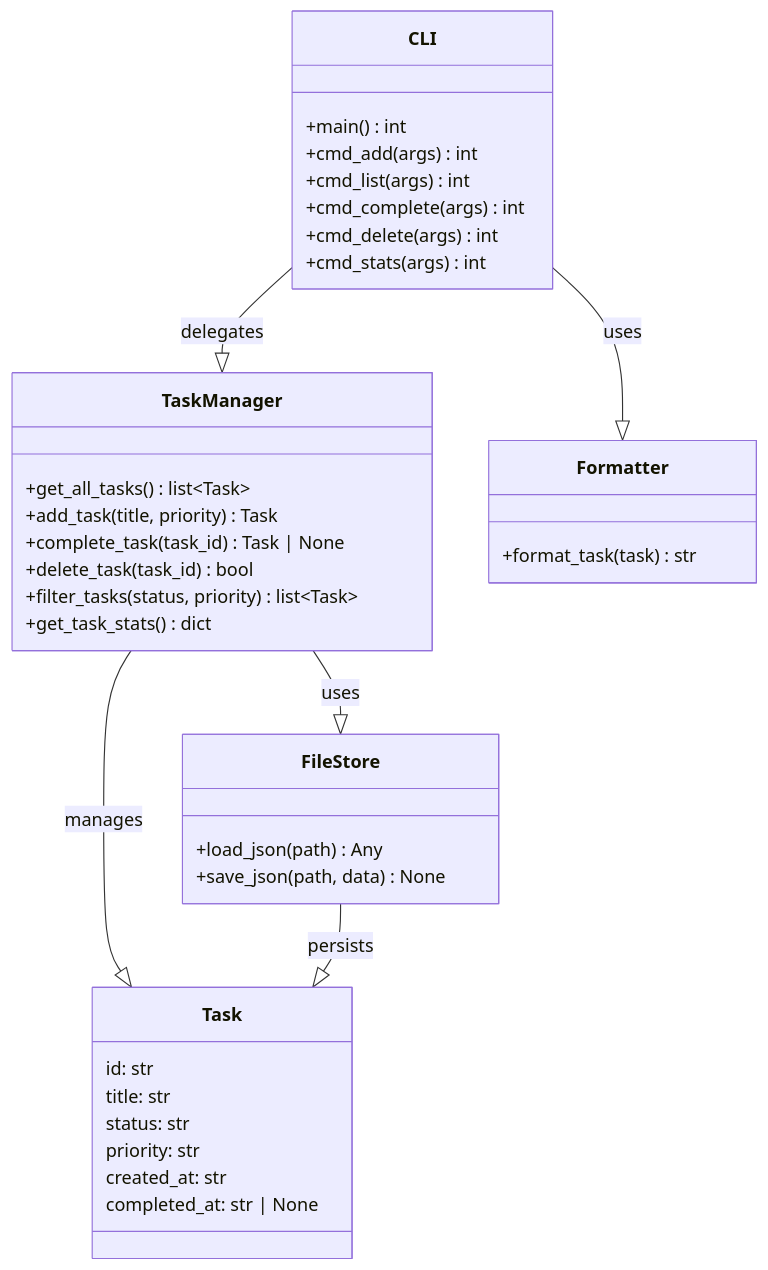
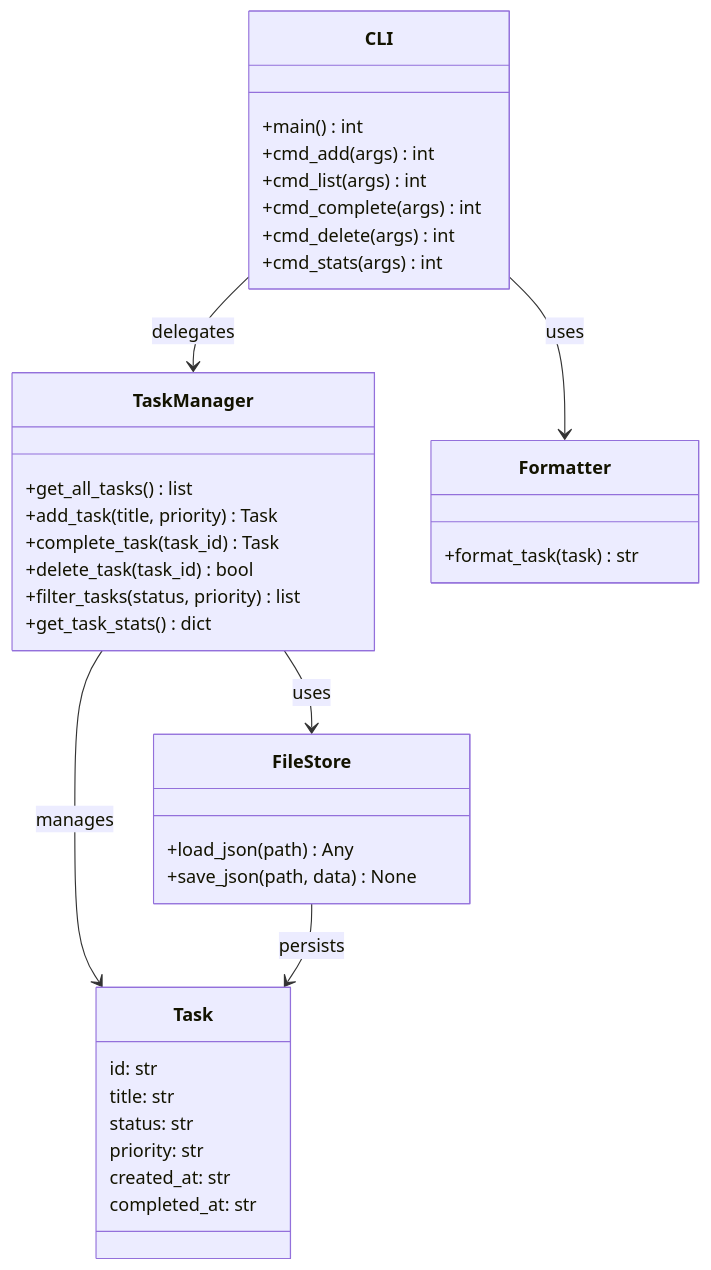
Before and after one commit to mallyadeepak/claude-code-learning-project: the third of 4 diagrams in docs/ARCHITECTURE.md, drawn with Mermaid. The commit also changed other lines of this file, not shown here.

First line of the commit message:
Fix Mermaid diagram rendering issues

````diff
--- a/docs/ARCHITECTURE.md
+++ b/docs/ARCHITECTURE.md
@@ -291,44 +305,44 @@
 ```mermaid
 classDiagram
     class Task {
         id: str
         title: str
         status: str
         priority: str
         created_at: str
-        completed_at: str | None
+        completed_at: str
     }
 
     class TaskManager {
-        +get_all_tasks() list~Task~
+        +get_all_tasks() list
         +add_task(title, priority) Task
-        +complete_task(task_id) Task | None
+        +complete_task(task_id) Task
         +delete_task(task_id) bool
-        +filter_tasks(status, priority) list~Task~
+        +filter_tasks(status, priority) list
         +get_task_stats() dict
     }
 
     class CLI {
         +main() int
         +cmd_add(args) int
         +cmd_list(args) int
         +cmd_complete(args) int
         +cmd_delete(args) int
         +cmd_stats(args) int
     }
 
     class FileStore {
         +load_json(path) Any
         +save_json(path, data) None
     }
 
     class Formatter {
         +format_task(task) str
     }
 
-    TaskManager --|> FileStore : uses
-    TaskManager --|> Task : manages
-    CLI --|> TaskManager : delegates
-    CLI --|> Formatter : uses
-    FileStore --|> Task : persists
+    TaskManager --> FileStore : uses
+    TaskManager --> Task : manages
+    CLI --> TaskManager : delegates
+    CLI --> Formatter : uses
+    FileStore --> Task : persists
 ```
````
